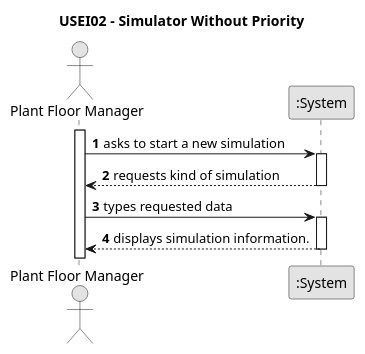
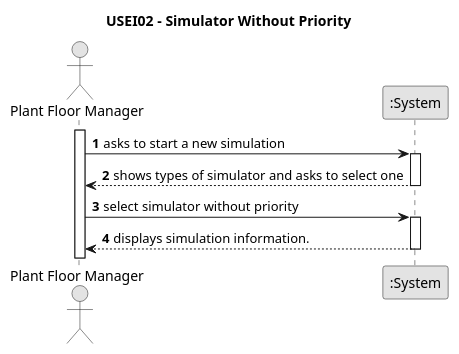
Before and after one commit to JorgeUbaldoR/sem3-25-pi-2024_25-G131: the diagram in documentation/sprint1/ESINF/usei02/01.requirements-engineering/puml/usei02-system-sequence-diagram.puml, drawn with PlantUML. The commit also changed 21 other files, not shown here.

```diff
--- a/documentation/sprint1/ESINF/usei02/01.requirements-engineering/puml/usei02-system-sequence-diagram.puml
+++ b/documentation/sprint1/ESINF/usei02/01.requirements-engineering/puml/usei02-system-sequence-diagram.puml
@@ -1,27 +1,27 @@
 @startuml
 skinparam monochrome true
 skinparam packageStyle rectangle
 skinparam shadowing false
 
 title USEI02 - Simulator Without Priority
 
 autonumber
 
 actor "Plant Floor Manager" as PFM
 participant ":System" as System
 
 activate PFM
 
     PFM -> System : asks to start a new simulation
     activate System
 
-    System --> PFM : requests kind of simulation
+    System --> PFM : shows types of simulator and asks to select one
     deactivate System
 
-    PFM -> System : types requested data
+    PFM -> System : select simulator without priority
     activate System
 
     System --> PFM : displays simulation information.
     deactivate System
 
 @enduml
```
